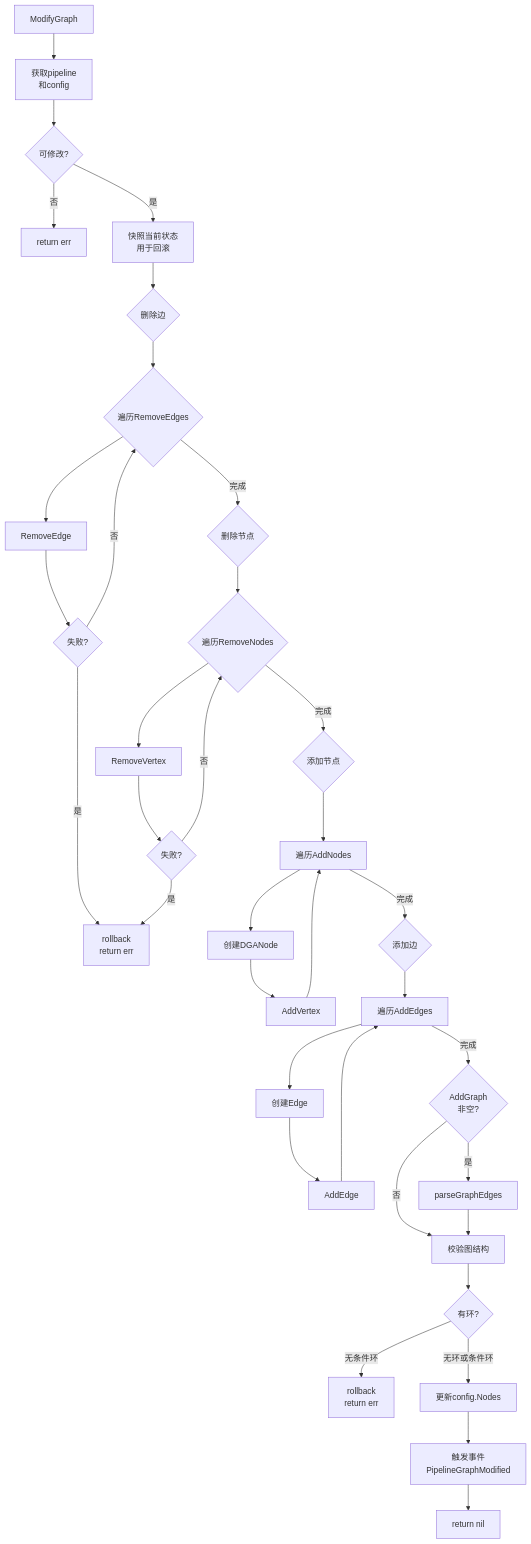
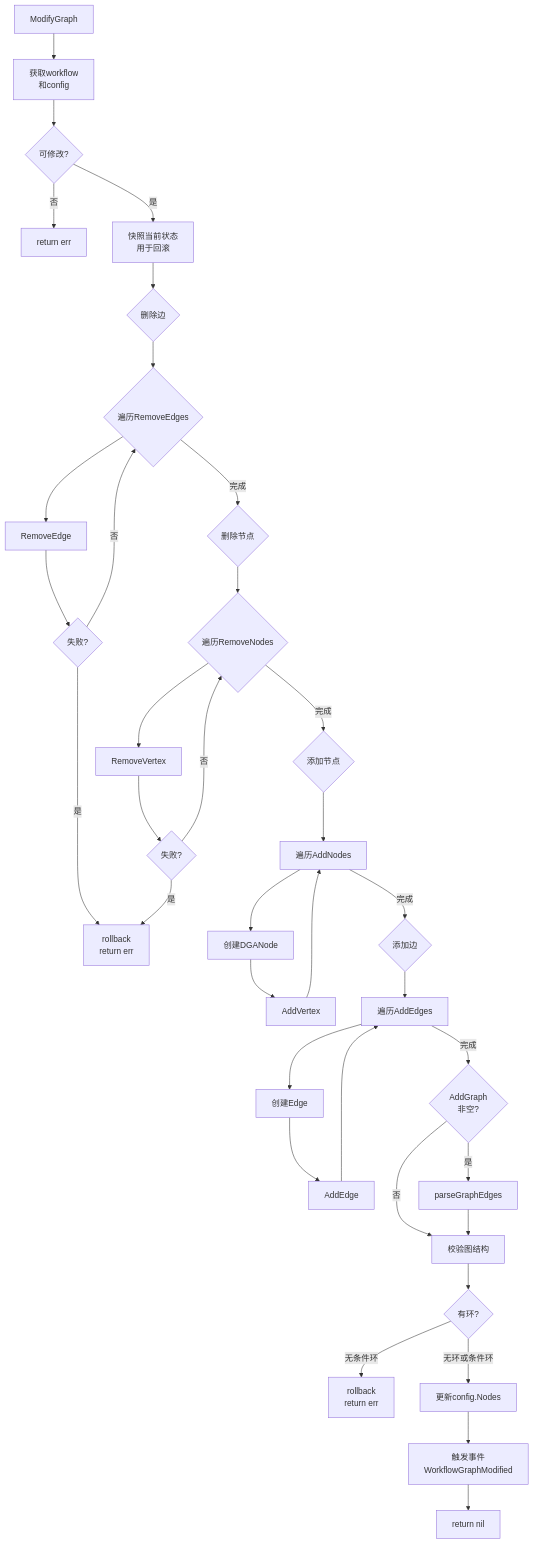
Before and after one commit to LerkoX/flowx: the eighth of 12 diagrams in FLOWS.md, drawn with Mermaid. The commit also changed other lines of this file and 99 other files, not shown here.

First line of the commit message:
refactor: Pipeline 统一更名为 Workflow

````diff
--- a/FLOWS.md
+++ b/FLOWS.md
@@ -190,39 +190,39 @@
 ```mermaid
 flowchart TD
-    A[ModifyGraph] --> B[获取pipeline<br/>和config]
+    A[ModifyGraph] --> B[获取workflow<br/>和config]
     B --> C{可修改?}
     C -->|否| D[return err]
     C -->|是| E[快照当前状态<br/>用于回滚]
 
     E --> F{删除边}
     F --> G{遍历RemoveEdges}
     G --> H[RemoveEdge]
     H --> I{失败?}
     I -->|是| J[rollback<br/>return err]
     I -->|否| G
     G -->|完成| K{删除节点}
     K --> L{遍历RemoveNodes}
     L --> M[RemoveVertex]
     M --> N{失败?}
     N -->|是| J
     N -->|否| L
     L -->|完成| O{添加节点}
     O --> P[遍历AddNodes]
     P --> Q[创建DGANode]
     Q --> R[AddVertex]
     R --> P
     P -->|完成| S{添加边}
     S --> T[遍历AddEdges]
     T --> U[创建Edge]
     U --> V[AddEdge]
     V --> T
     T -->|完成| W{AddGraph<br/>非空?}
     W -->|是| X[parseGraphEdges]
     W -->|否| Y[校验图结构]
     X --> Y
     Y --> Z{有环?}
     Z -->|无条件环| AA[rollback<br/>return err]
     Z -->|无环或条件环| AB[更新config.Nodes]
-    AB --> AC[触发事件<br/>PipelineGraphModified]
+    AB --> AC[触发事件<br/>WorkflowGraphModified]
     AC --> Z2[return nil]
 ```
````
